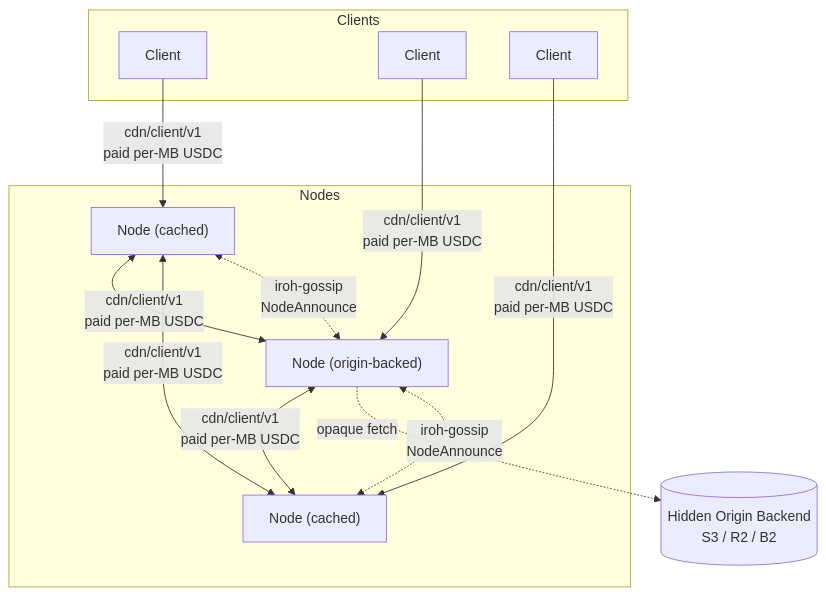
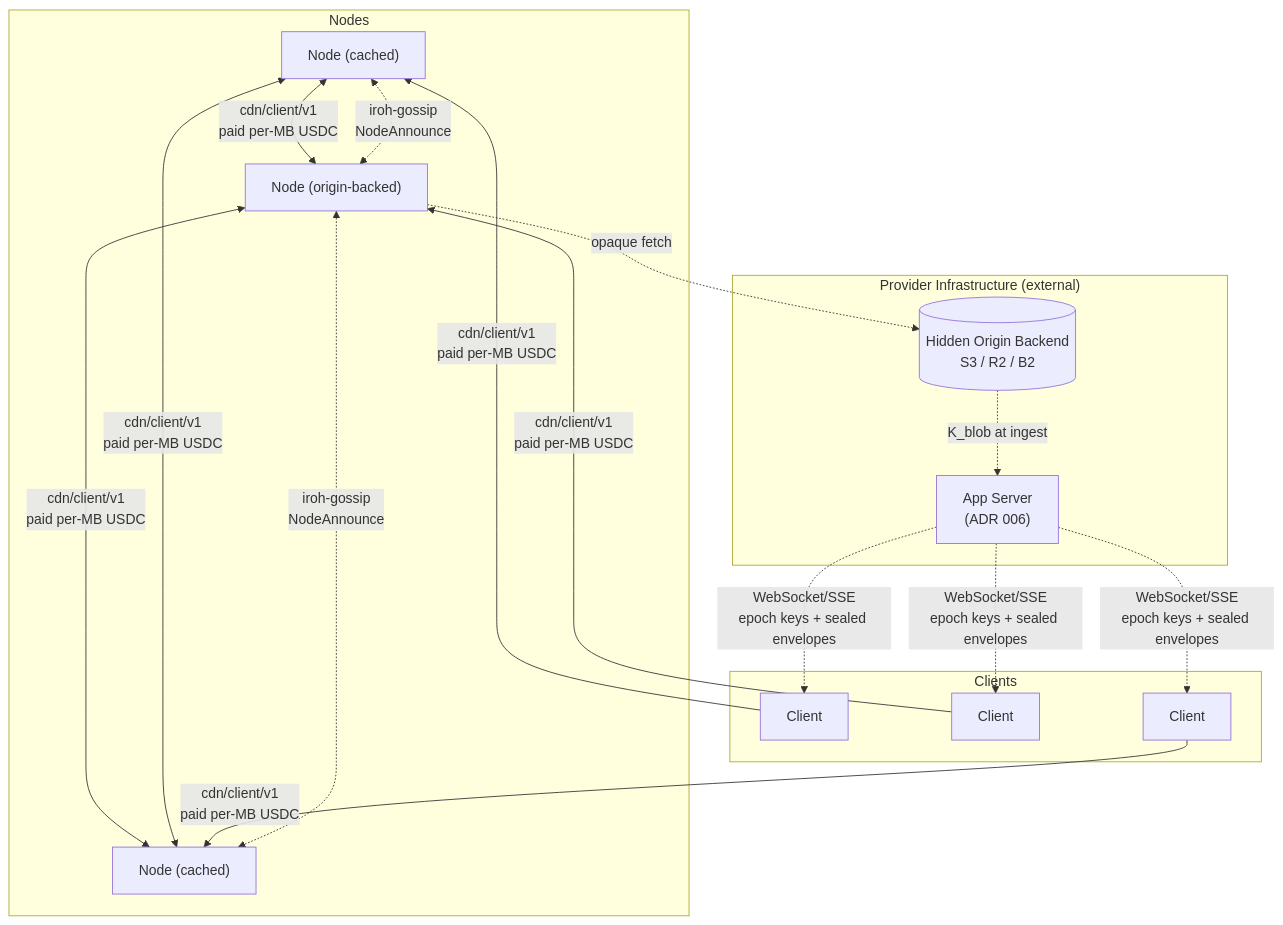
One commit to decdn/decdn changed the first of 3 diagrams in adr/architecture.md. Above: the diagram before and after it, drawn with Mermaid. The commit also changed other lines of this file and 1 other file, not shown here.

First line of the commit message:
docs: document app server as external component in ADR 006 and architecture

````diff
--- a/adr/architecture.md
+++ b/adr/architecture.md
@@ -21,29 +21,37 @@
 ```mermaid
 graph TD
     subgraph Nodes
         N1["Node (cached)"]
         N2["Node (origin-backed)"]
         N3["Node (cached)"]
     end
 
     subgraph Clients
         C1[Client]
         C2[Client]
         C3[Client]
     end
 
-    S3[("Hidden Origin Backend<br/>S3 / R2 / B2")]
+    subgraph "Provider Infrastructure (external)"
+        S3[("Hidden Origin Backend<br/>S3 / R2 / B2")]
+        A["App Server<br/>(ADR 006)"]
+    end
 
     N1 <-->|"cdn/client/v1<br/>paid per-MB USDC"| N2
     N2 <-->|"cdn/client/v1<br/>paid per-MB USDC"| N3
     N1 <-->|"cdn/client/v1<br/>paid per-MB USDC"| N3
 
     C1 -->|"cdn/client/v1<br/>paid per-MB USDC"| N1
     C2 -->|"cdn/client/v1<br/>paid per-MB USDC"| N2
     C3 -->|"cdn/client/v1<br/>paid per-MB USDC"| N3
 
     N2 -.->|opaque fetch| S3
 
     N1 <-.->|"iroh-gossip<br/>NodeAnnounce"| N2
     N2 <-.->|"iroh-gossip<br/>NodeAnnounce"| N3
+
+    S3 -.->|"K_blob at ingest"| A
+    A -.->|"WebSocket/SSE<br/>epoch keys + sealed envelopes"| C1
+    A -.->|"WebSocket/SSE<br/>epoch keys + sealed envelopes"| C2
+    A -.->|"WebSocket/SSE<br/>epoch keys + sealed envelopes"| C3
 ```
````
